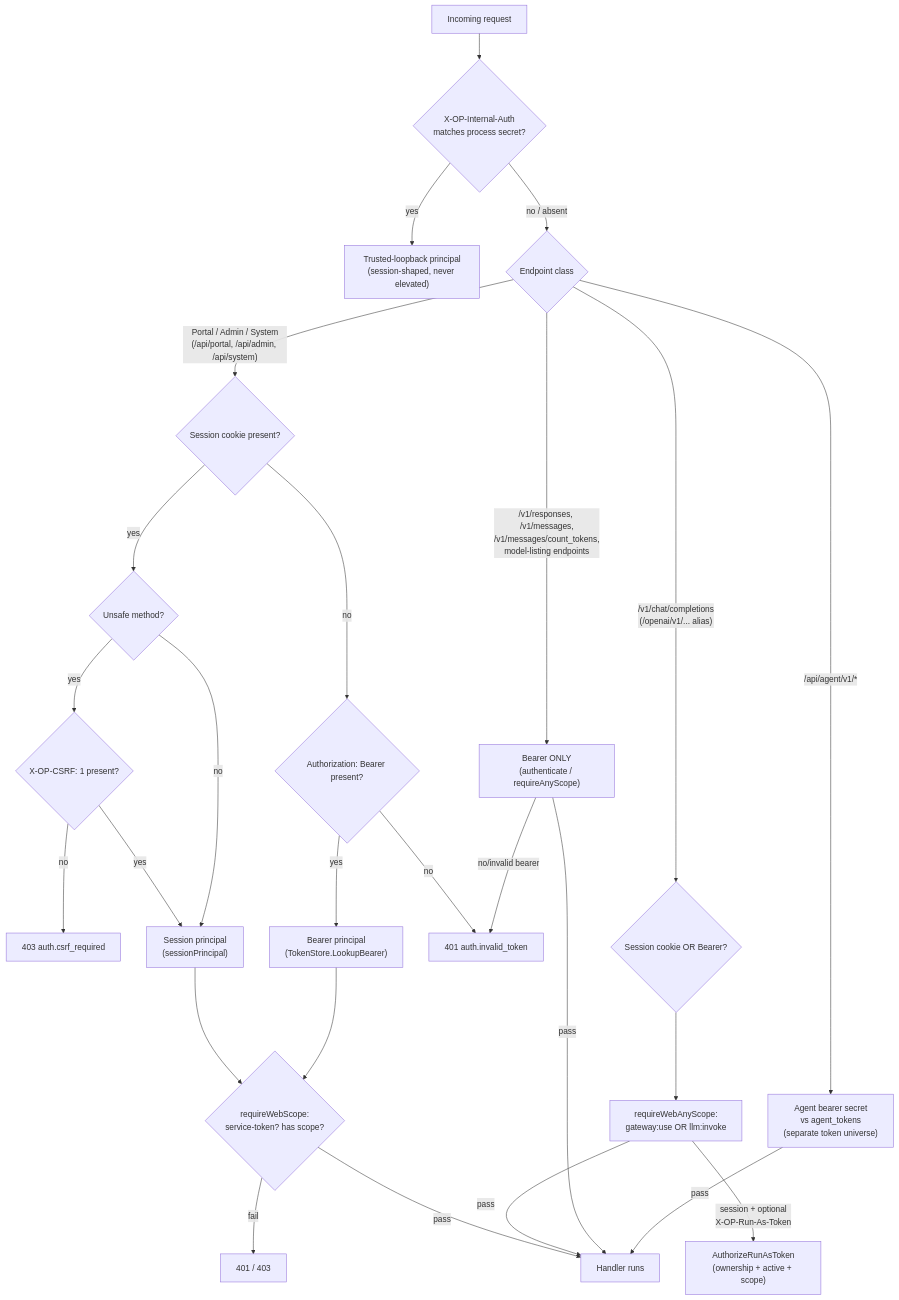
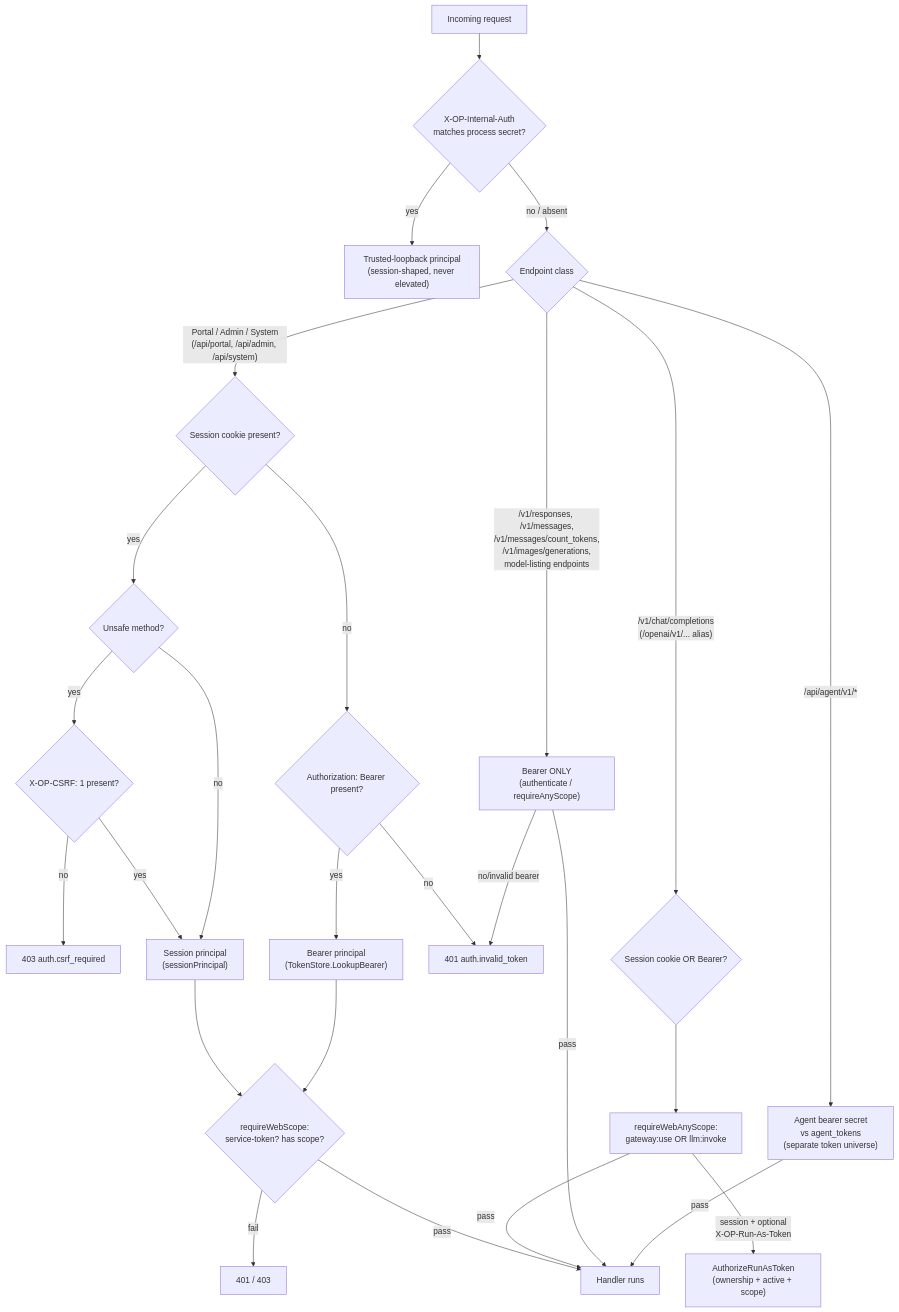
One commit to JLor08/op-ai-gateway changed the first of 3 diagrams in docs/architecture/cross-cutting/security-auth-rbac.md. Above: the diagram before and after it, drawn with Mermaid. The commit also changed other lines of this file and 36 other files, not shown here.

First line of the commit message:
feat: Serve POST /v1/images/generations behind the first excluding capability gate (#71) (#123)

````diff
--- a/docs/architecture/cross-cutting/security-auth-rbac.md
+++ b/docs/architecture/cross-cutting/security-auth-rbac.md
@@ -190,32 +190,32 @@
 ```mermaid
 flowchart TD
     A["Incoming request"] --> B{"X-OP-Internal-Auth\nmatches process secret?"}
     B -- yes --> C["Trusted-loopback principal\n(session-shaped, never elevated)"]
     B -- no / absent --> D{"Endpoint class"}
 
     D -- "Portal / Admin / System\n(/api/portal, /api/admin, /api/system)" --> E{"Session cookie present?"}
     E -- yes --> F{"Unsafe method?"}
     F -- yes --> G{"X-OP-CSRF: 1 present?"}
     G -- no --> X1["403 auth.csrf_required"]
     G -- yes --> H["Session principal\n(sessionPrincipal)"]
     F -- no --> H
     E -- no --> I{"Authorization: Bearer present?"}
     I -- yes --> J["Bearer principal\n(TokenStore.LookupBearer)"]
     I -- no --> X2["401 auth.invalid_token"]
     H --> K{"requireWebScope:\nservice-token? has scope?"}
     J --> K
     K -- fail --> X3["401 / 403"]
     K -- pass --> L["Handler runs"]
 
     D -- "/v1/chat/completions\n(/openai/v1/... alias)" --> M{"Session cookie OR Bearer?"}
     M --> N["requireWebAnyScope:\ngateway:use OR llm:invoke"]
     N -- "session + optional\nX-OP-Run-As-Token" --> O["AuthorizeRunAsToken\n(ownership + active + scope)"]
     N -- pass --> L
 
-    D -- "/v1/responses, /v1/messages,\n/v1/messages/count_tokens,\nmodel-listing endpoints" --> P["Bearer ONLY\n(authenticate / requireAnyScope)"]
+    D -- "/v1/responses, /v1/messages,\n/v1/messages/count_tokens,\n/v1/images/generations,\nmodel-listing endpoints" --> P["Bearer ONLY\n(authenticate / requireAnyScope)"]
     P -- no/invalid bearer --> X2
     P -- pass --> L
 
     D -- "/api/agent/v1/*" --> Q["Agent bearer secret\nvs agent_tokens\n(separate token universe)"]
     Q -- pass --> L
 ```
````
